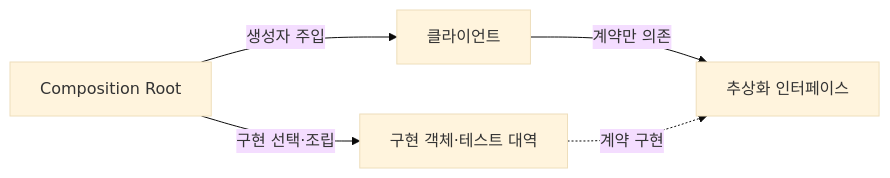
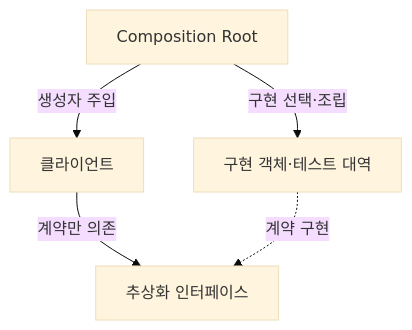
One commit to agnusdei1207/study changed the second of 2 diagrams in src/content/docs/notes/itpe/02-software-engineering/042_dependency_injection.md. Above: the diagram before and after it, drawn with Mermaid (base theme). The commit also changed other lines of this file and 31 other files, not shown here.

````diff
--- a/src/content/docs/notes/itpe/02-software-engineering/042_dependency_injection.md
+++ b/src/content/docs/notes/itpe/02-software-engineering/042_dependency_injection.md
@@ -84,7 +90,7 @@
 ```mermaid
-flowchart LR
+flowchart TB
     CR["Composition Root"] -->|"생성자 주입"| CL["클라이언트"]
     CL -->|"계약만 의존"| IF["추상화 인터페이스"]
     CR -->|"구현 선택·조립"| IM["구현 객체·테스트 대역"]
     IM -.->|"계약 구현"| IF
 ```
````
